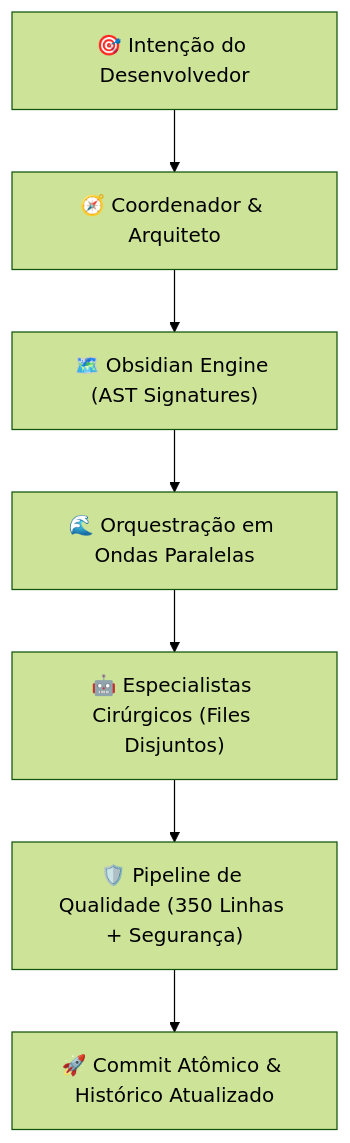
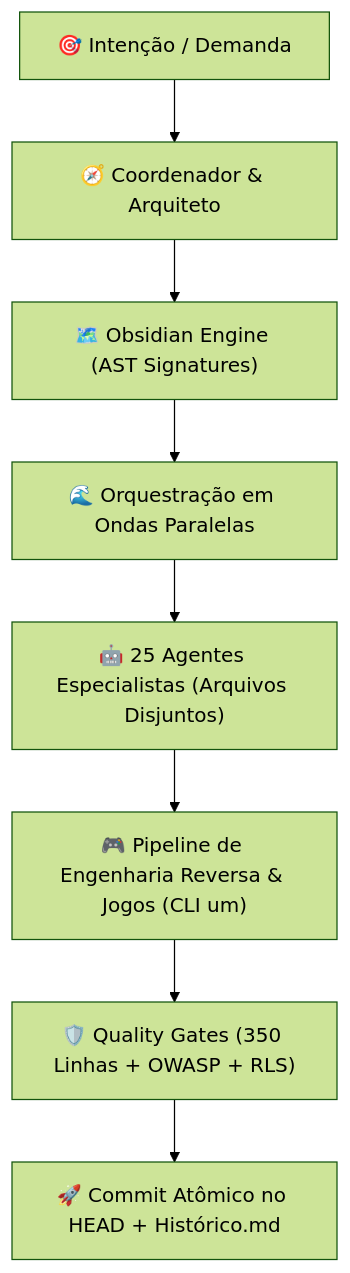
One commit to MateusD12/vibe-engineering-toolkit changed the diagram in README.md. Above: the diagram before and after it, drawn with Mermaid (forest theme). The commit also changed other lines of this file and 42 other files, not shown here.

Commit message:
feat(re): integrate universal-modder game engineering, reverse engineering, and um CLI pipeline

````diff
--- a/README.md
+++ b/README.md
@@ -13,9 +17,10 @@
 ```mermaid
 flowchart TD
-    A["🎯 Intenção do Desenvolvedor"] --> B["🧭 Coordenador & Arquiteto"]
+    A["🎯 Intenção / Demanda"] --> B["🧭 Coordenador & Arquiteto"]
     B --> C["🗺️ Obsidian Engine (AST Signatures)"]
     C --> D["🌊 Orquestração em Ondas Paralelas"]
-    D --> E["🤖 Especialistas Cirúrgicos (Files Disjuntos)"]
-    E --> F["🛡️ Pipeline de Qualidade (350 Linhas + Segurança)"]
-    F --> G["🚀 Commit Atômico & Histórico Atualizado"]
+    D --> E["🤖 25 Agentes Especialistas (Arquivos Disjuntos)"]
+    E --> F["🎮 Pipeline de Engenharia Reversa & Jogos (CLI um)"]
+    F --> G["🛡️ Quality Gates (350 Linhas + OWASP + RLS)"]
+    G --> H["🚀 Commit Atômico no HEAD + Histórico.md"]
 ```
````
